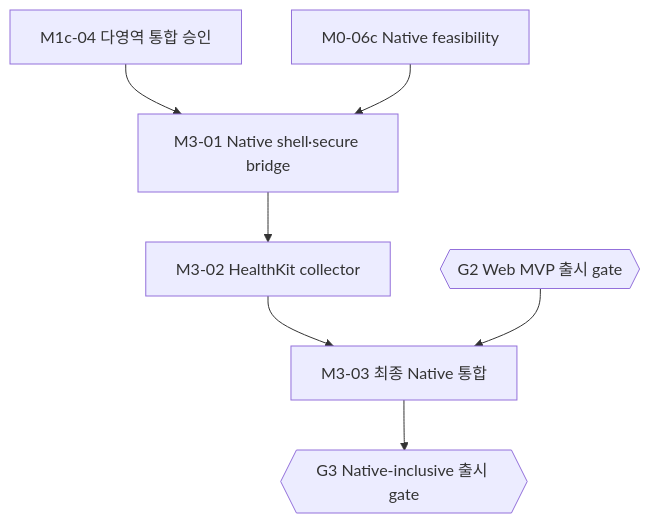
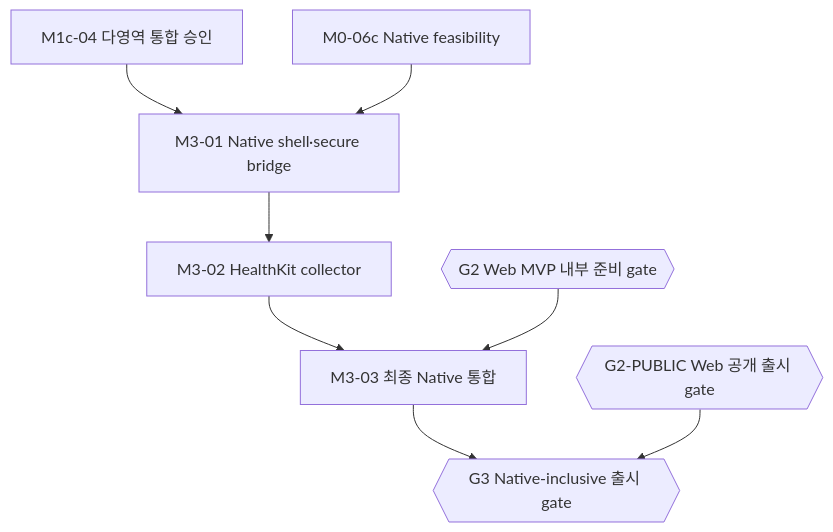
Before and after one commit to peacecheejecake/workout-manager: the third of 3 diagrams in docs/implementation/task-graph.md, drawn with Mermaid. The commit also changed other lines of this file and 6 other files, not shown here.

````diff
--- a/docs/implementation/task-graph.md
+++ b/docs/implementation/task-graph.md
@@ -515,16 +519,18 @@
 ```mermaid
 flowchart TD
     task8["M0-06c Native feasibility"]
     task25["M1c-04 다영역 통합 승인"]
-    task33{{"G2 Web MVP 출시 gate"}}
+    task33{{"G2 Web MVP 내부 준비 gate"}}
+    publicGate{{"G2-PUBLIC Web 공개 출시 gate"}}
     task34["M3-01 Native shell·secure bridge"]
     task35["M3-02 HealthKit collector"]
     task36["M3-03 최종 Native 통합"]
     task37{{"G3 Native-inclusive 출시 gate"}}
     task25 --> task34
     task8 --> task34
     task34 --> task35
     task35 --> task36
     task33 --> task36
     task36 --> task37
+    publicGate --> task37
 ```
````
